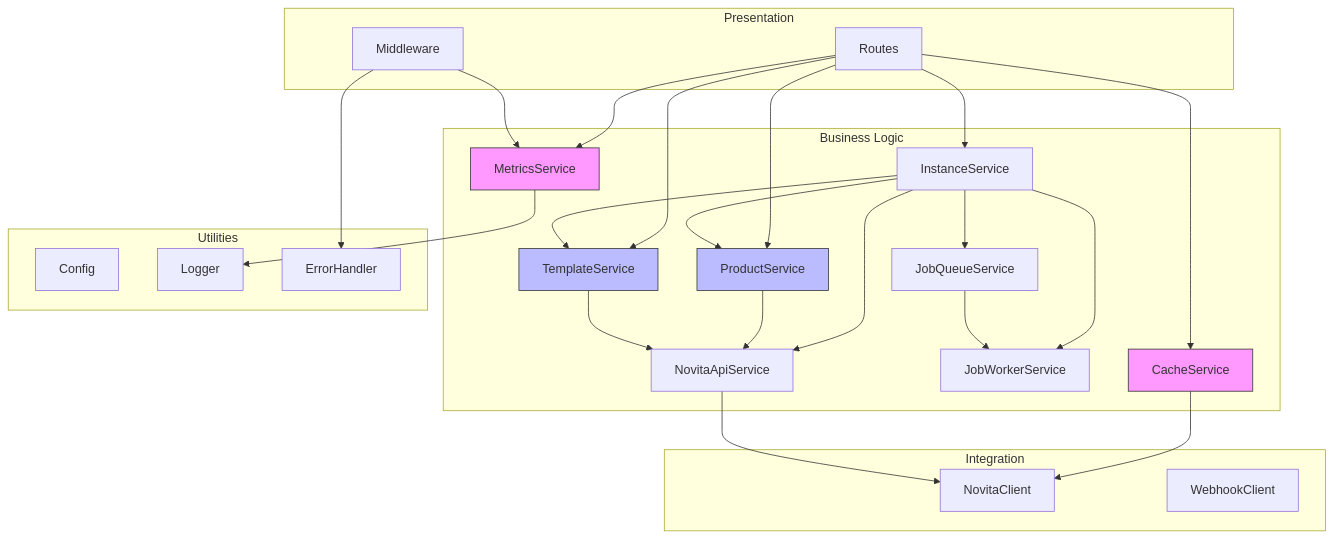
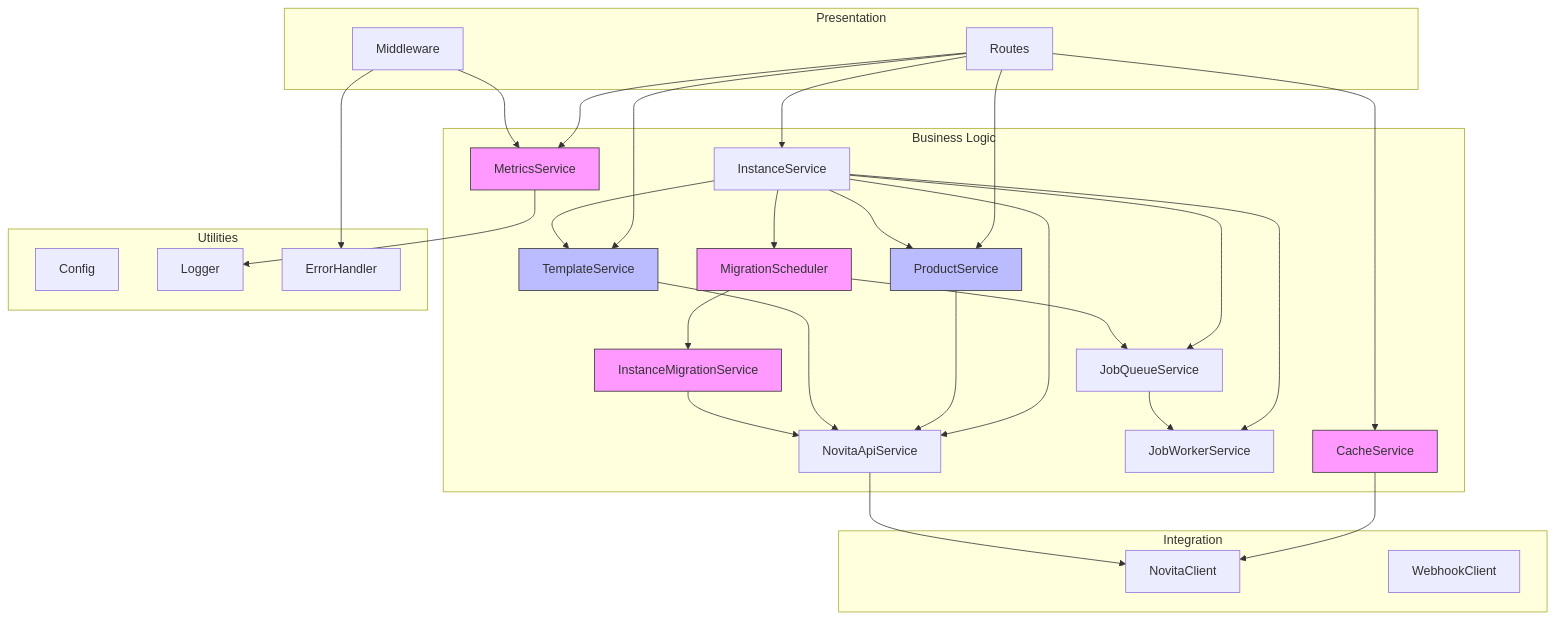
One commit to sontl/novita-ai-api changed the second of 9 diagrams in .qoder/repowiki/en/content/Service Architecture/Service Architecture.md. Above: the diagram before and after it, drawn with Mermaid. The commit also changed other lines of this file and 76 other files, not shown here.

````diff
--- a/.qoder/repowiki/en/content/Service Architecture/Service Architecture.md
+++ b/.qoder/repowiki/en/content/Service Architecture/Service Architecture.md
@@ -87,48 +92,56 @@
 ```mermaid
 graph TD
 subgraph "Presentation"
 R1[Routes]
 R2[Middleware]
 end
 subgraph "Business Logic"
 S1[InstanceService]
 S2[ProductService]
 S3[TemplateService]
 S4[CacheService]
 S5[MetricsService]
 S6[JobQueueService]
 S7[JobWorkerService]
 S8[NovitaApiService]
+S9[MigrationScheduler]
+S10[InstanceMigrationService]
 end
 subgraph "Integration"
 C1[NovitaClient]
 C2[WebhookClient]
 end
 subgraph "Utilities"
 U1[Config]
 U2[Logger]
 U3[ErrorHandler]
 end
 R1 --> S1
 R1 --> S2
 R1 --> S3
 R1 --> S4
 R1 --> S5
 R2 --> S5
 R2 --> U3
 S1 --> S2
 S1 --> S3
 S1 --> S6
 S1 --> S7
 S1 --> S8
+S1 --> S9
 S2 --> S8
 S3 --> S8
 S4 --> C1
 S5 --> U2
 S6 --> S7
 S8 --> C1
+S9 --> S10
+S9 --> S6
+S10 --> S8
 style S4 fill:#f9f,stroke:#333
 style S5 fill:#f9f,stroke:#333
 style S2 fill:#bbf,stroke:#333
 style S3 fill:#bbf,stroke:#333
+style S9 fill:#f9f,stroke:#333
+style S10 fill:#f9f,stroke:#333
 ```
````
